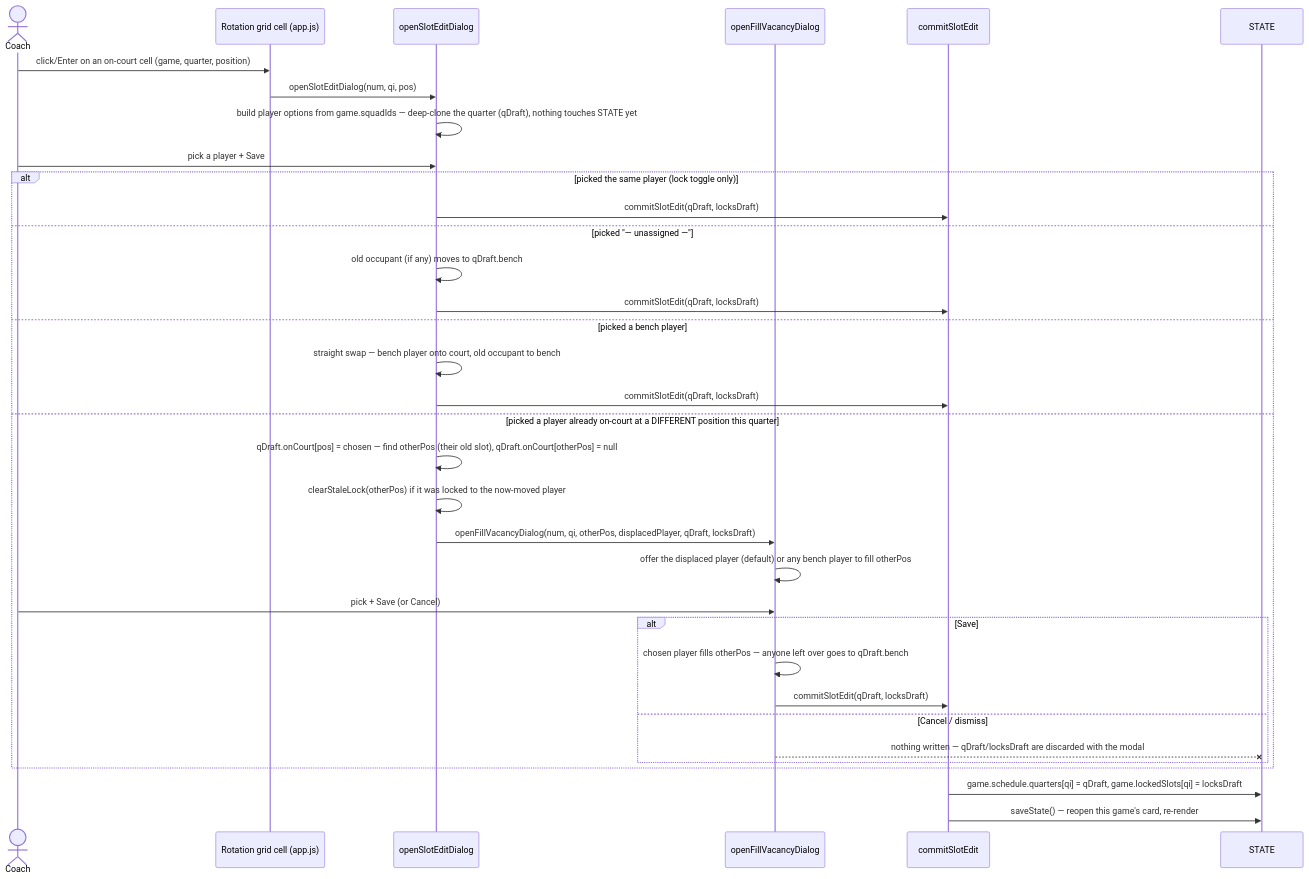
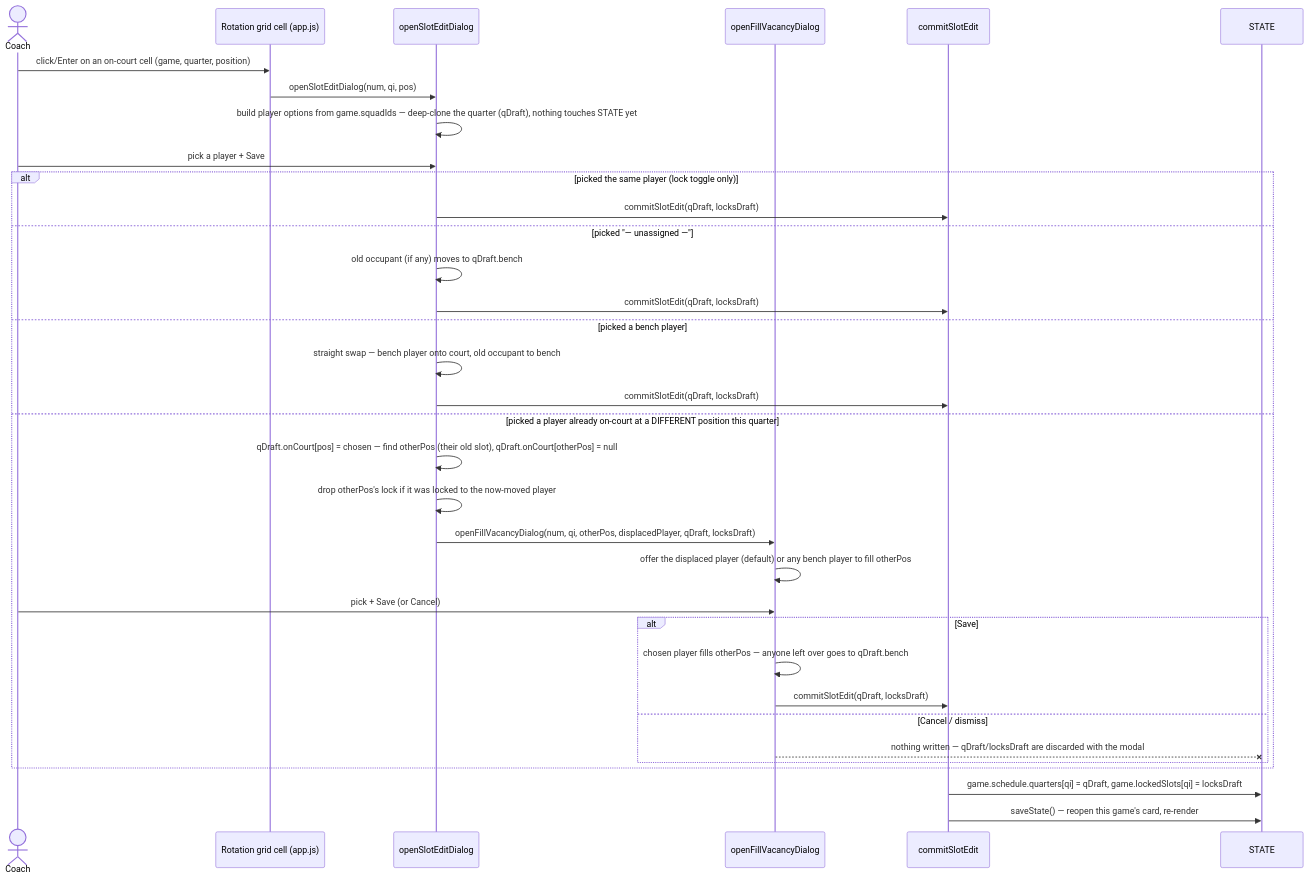
One commit to dj8/nb-roster-mgr changed the second of 4 diagrams in docs/flows.md. Above: the diagram before and after it, drawn with Mermaid. The commit also changed 7 other files, not shown here.

Commit message:
Tidy after /simplify: one shape-based lock normalizer (migration included), no needless copies, makeBackup takes a schema version

````diff
--- a/docs/flows.md
+++ b/docs/flows.md
@@ -95,39 +95,39 @@
 ```mermaid
 sequenceDiagram
     actor Coach
     participant Grid as Rotation grid cell (app.js)
     participant Edit as openSlotEditDialog
     participant Vacancy as openFillVacancyDialog
     participant Commit as commitSlotEdit
     participant State as STATE
 
     Coach->>Grid: click/Enter on an on-court cell (game, quarter, position)
     Grid->>Edit: openSlotEditDialog(num, qi, pos)
     Edit->>Edit: build player options from game.squadIds — deep-clone the quarter (qDraft), nothing touches STATE yet
     Coach->>Edit: pick a player + Save
 
     alt picked the same player (lock toggle only)
         Edit->>Commit: commitSlotEdit(qDraft, locksDraft)
     else picked "— unassigned —"
         Edit->>Edit: old occupant (if any) moves to qDraft.bench
         Edit->>Commit: commitSlotEdit(qDraft, locksDraft)
     else picked a bench player
         Edit->>Edit: straight swap — bench player onto court, old occupant to bench
         Edit->>Commit: commitSlotEdit(qDraft, locksDraft)
     else picked a player already on-court at a DIFFERENT position this quarter
         Edit->>Edit: qDraft.onCourt[pos] = chosen — find otherPos (their old slot), qDraft.onCourt[otherPos] = null
-        Edit->>Edit: clearStaleLock(otherPos) if it was locked to the now-moved player
+        Edit->>Edit: drop otherPos's lock if it was locked to the now-moved player
         Edit->>Vacancy: openFillVacancyDialog(num, qi, otherPos, displacedPlayer, qDraft, locksDraft)
         Vacancy->>Vacancy: offer the displaced player (default) or any bench player to fill otherPos
         Coach->>Vacancy: pick + Save (or Cancel)
         alt Save
             Vacancy->>Vacancy: chosen player fills otherPos — anyone left over goes to qDraft.bench
             Vacancy->>Commit: commitSlotEdit(qDraft, locksDraft)
         else Cancel / dismiss
             Vacancy--xState: nothing written — qDraft/locksDraft are discarded with the modal
         end
     end
 
     Commit->>State: game.schedule.quarters[qi] = qDraft, game.lockedSlots[qi] = locksDraft
     Commit->>State: saveState() — reopen this game's card, re-render
 ```
````
